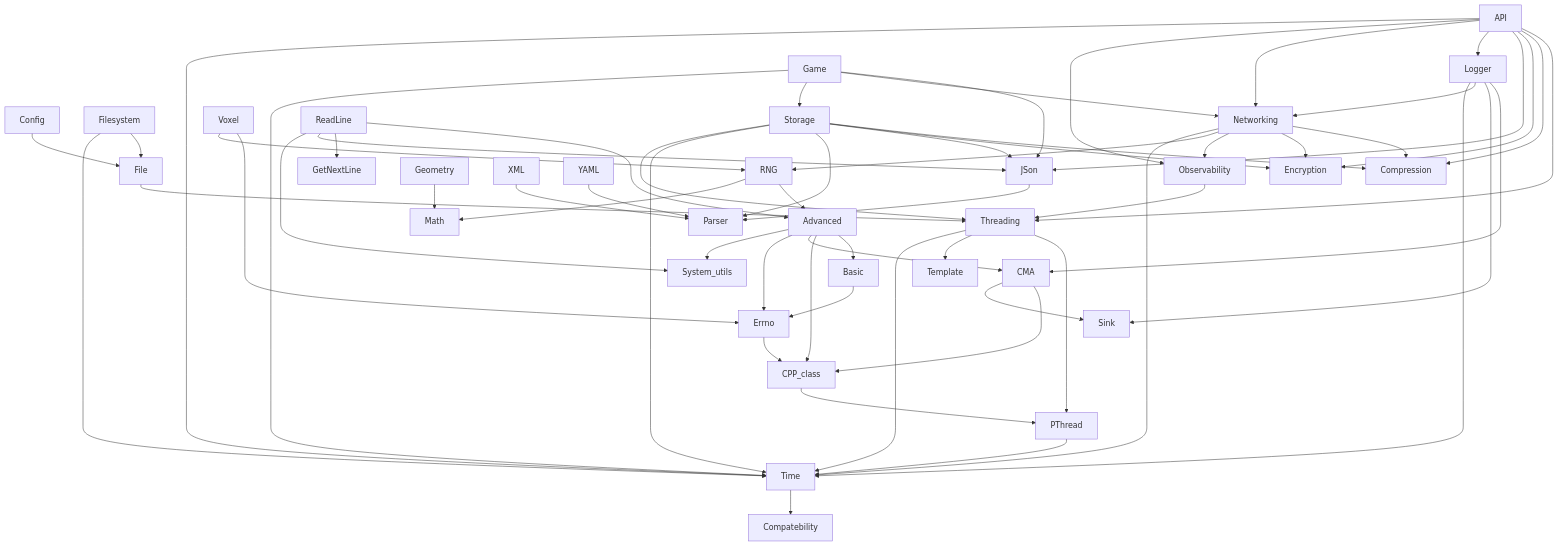
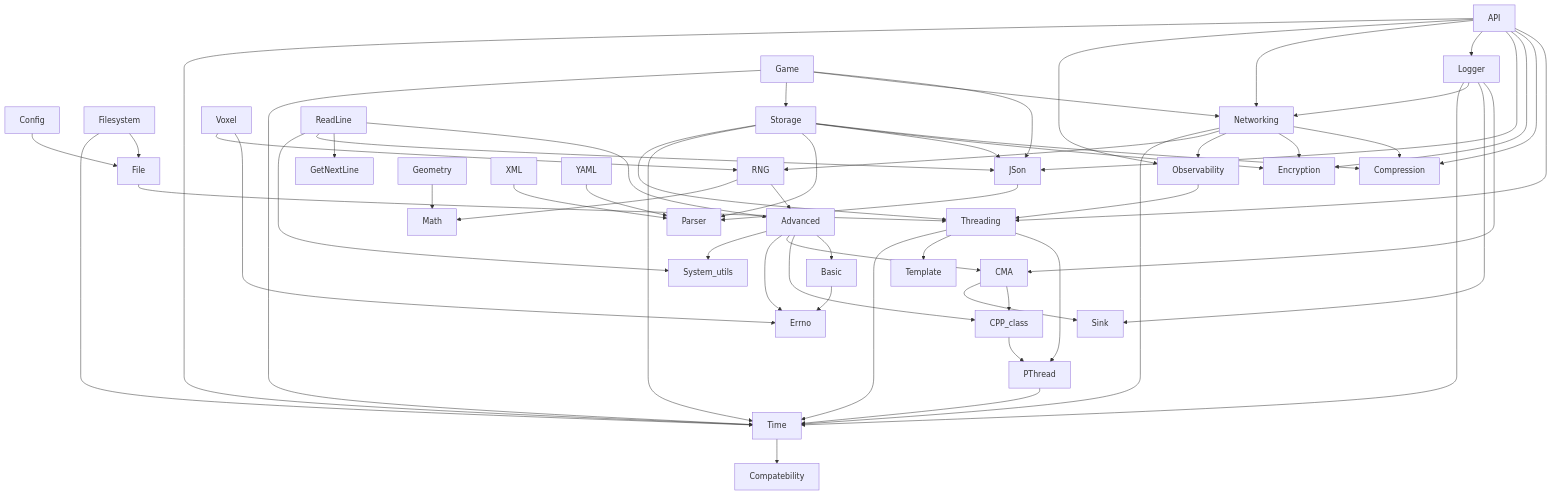
One commit to Adyem/Libft changed the diagram in Docs/module_dependency_graph.md. Above: the diagram before and after it, drawn with Mermaid. The commit also changed other lines of this file and 4 other files, not shown here.

````diff
--- a/Docs/module_dependency_graph.md
+++ b/Docs/module_dependency_graph.md
@@ -92,62 +93,61 @@
 ```mermaid
 graph TD
     Basic --> Errno
     Advanced --> Basic
     Advanced --> CPP_class
     Advanced --> CMA
     Advanced --> Errno
     Advanced --> System_utils
     CMA --> CPP_class
     CPP_class --> PThread
-    Errno --> CPP_class
     PThread --> Time
     Threading --> PThread
     Threading --> Template
     Threading --> Time
     Time --> Compatebility
     Configuration[Config] --> File
     API --> Threading
     File --> Threading
     Filesystem --> File
     Filesystem --> Time
     JSon --> Parser
     API --> Compression
     API --> Encryption
     API --> JSon
     API --> Logger
     Logger --> CMA
     API --> Networking
     API --> Observability
     API --> Time
     Observability --> Threading
     Logger --> Sink
     CMA --> Sink
     Logger --> Networking
     Logger --> Time
     Voxel --> Errno
     Voxel --> RNG
     RNG --> Advanced
     Networking --> Compression
     Networking --> Encryption
     Networking --> Observability
     Networking --> RNG
     Networking --> Time
     Storage --> Compression
     Storage --> Encryption
     Storage --> JSon
     Storage --> Parser
     Storage --> Time
     Storage --> Threading
     Game --> JSon
     Game --> Networking
     Game --> Storage
     Game --> Time
     ReadLine --> Advanced
     ReadLine --> GetNextLine
     ReadLine --> JSon
     ReadLine --> System_utils
     RNG --> Math
     Geometry --> Math
     XML --> Parser
     YAML --> Parser
 ```
````
